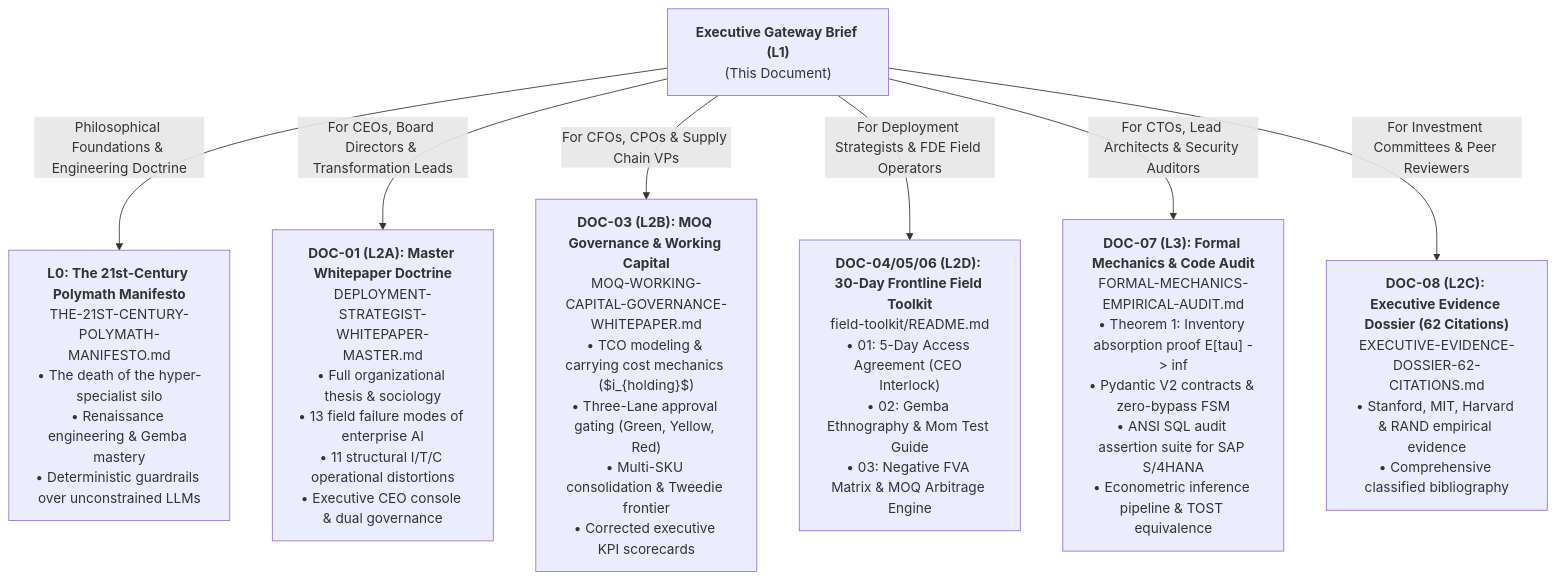
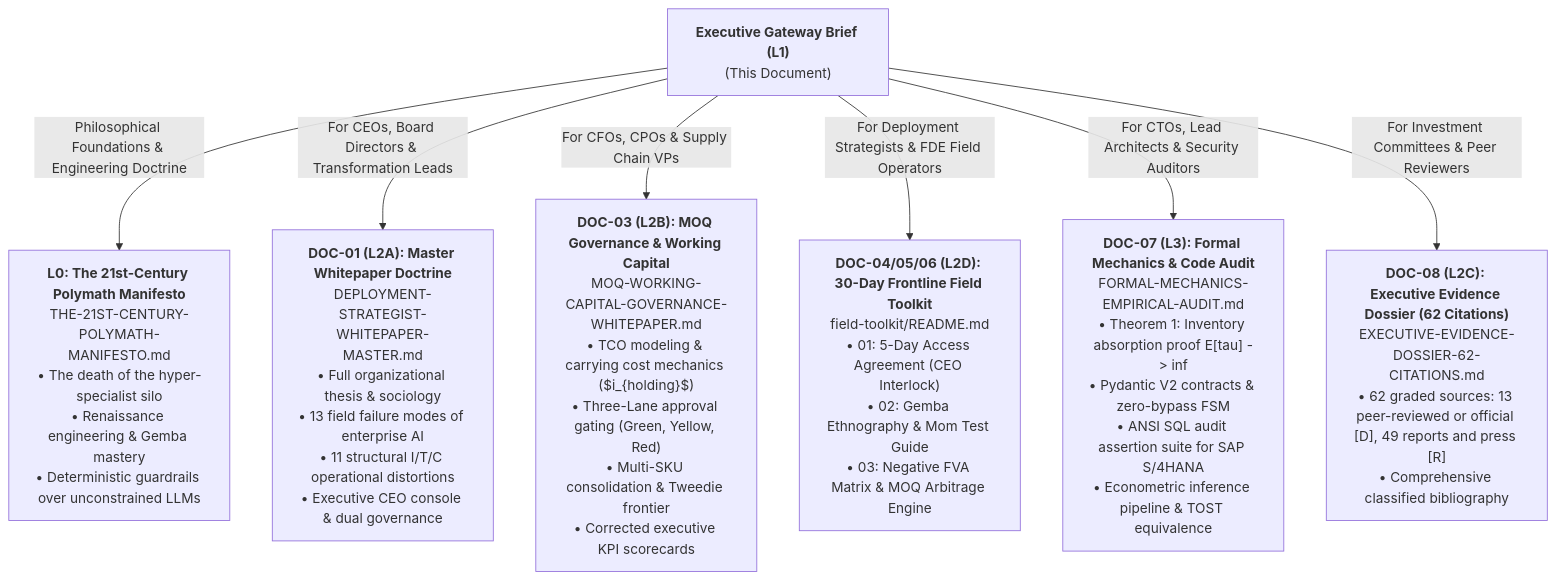
The second of 2 diagrams in EXECUTIVE-BRIEF-DEPLOYED-STRATEGIST.md (esstipi-debug/mellon), drawn with Mermaid before and after one commit. The commit also changed other lines of this file and 1 other file, not shown here.

Commit message:
docs(evidence): the dossier is a graded bibliography, not 62 scientific citations
With the sources graded (13 [D], 49 [R]) the labels that called DOC-08 "62 Scientific
Citations" and "Stanford, MIT, Harvard & RAND empirical evidence" overstated it, and so
did the README's "establishing why AI pilots fail". The brief's asset index, its diagram
node and the README row now say what the dossier holds: 62 graded sources, 13
peer-reviewed or official and 49 reports, working papers and press.

````diff
--- a/EXECUTIVE-BRIEF-DEPLOYED-STRATEGIST.md
+++ b/EXECUTIVE-BRIEF-DEPLOYED-STRATEGIST.md
@@ -102,16 +102,16 @@
 ```mermaid
 flowchart TD
     Gate["<b>Executive Gateway Brief (L1)</b><br/>(This Document)"]
     
     Gate -->|Philosophical Foundations & Engineering Doctrine| L0["<b>L0: The 21st-Century Polymath Manifesto</b><br/>THE-21ST-CENTURY-POLYMATH-MANIFESTO.md<br/>• The death of the hyper-specialist silo<br/>• Renaissance engineering & Gemba mastery<br/>• Deterministic guardrails over unconstrained LLMs"]
     
     Gate -->|For CEOs, Board Directors & Transformation Leads| DOC01["<b>DOC-01 (L2A): Master Whitepaper Doctrine</b><br/>DEPLOYMENT-STRATEGIST-WHITEPAPER-MASTER.md<br/>• Full organizational thesis & sociology<br/>• 13 field failure modes of enterprise AI<br/>• 11 structural I/T/C operational distortions<br/>• Executive CEO console & dual governance"]
     
     Gate -->|For CFOs, CPOs & Supply Chain VPs| DOC03["<b>DOC-03 (L2B): MOQ Governance & Working Capital</b><br/>MOQ-WORKING-CAPITAL-GOVERNANCE-WHITEPAPER.md<br/>• TCO modeling & carrying cost mechanics ($i_{holding}$)<br/>• Three-Lane approval gating (Green, Yellow, Red)<br/>• Multi-SKU consolidation & Tweedie frontier<br/>• Corrected executive KPI scorecards"]
     
     Gate -->|For Deployment Strategists & FDE Field Operators| L2D["<b>DOC-04/05/06 (L2D): 30-Day Frontline Field Toolkit</b><br/>field-toolkit/README.md<br/>• 01: 5-Day Access Agreement (CEO Interlock)<br/>• 02: Gemba Ethnography & Mom Test Guide<br/>• 03: Negative FVA Matrix & MOQ Arbitrage Engine"]
     
     Gate -->|For CTOs, Lead Architects & Security Auditors| DOC07["<b>DOC-07 (L3): Formal Mechanics & Code Audit</b><br/>FORMAL-MECHANICS-EMPIRICAL-AUDIT.md<br/>• Theorem 1: Inventory absorption proof E[tau] -> inf<br/>• Pydantic V2 contracts & zero-bypass FSM<br/>• ANSI SQL audit assertion suite for SAP S/4HANA<br/>• Econometric inference pipeline & TOST equivalence"]
     
-    Gate -->|For Investment Committees & Peer Reviewers| DOC08["<b>DOC-08 (L2C): Executive Evidence Dossier (62 Citations)</b><br/>EXECUTIVE-EVIDENCE-DOSSIER-62-CITATIONS.md<br/>• Stanford, MIT, Harvard & RAND empirical evidence<br/>• Comprehensive classified bibliography"]
+    Gate -->|For Investment Committees & Peer Reviewers| DOC08["<b>DOC-08 (L2C): Executive Evidence Dossier (62 Citations)</b><br/>EXECUTIVE-EVIDENCE-DOSSIER-62-CITATIONS.md<br/>• 62 graded sources: 13 peer-reviewed or official [D], 49 reports and press [R]<br/>• Comprehensive classified bibliography"]
 ```
````
